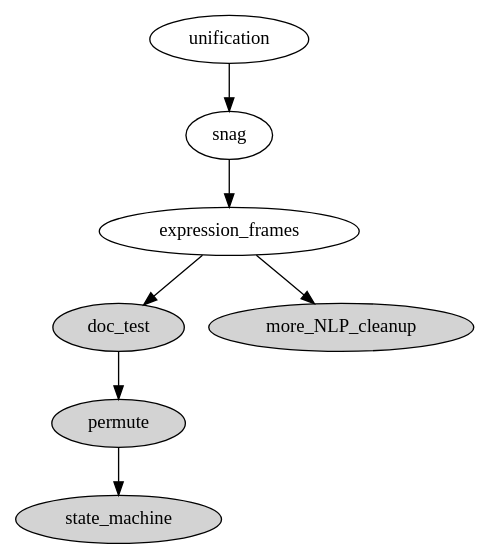
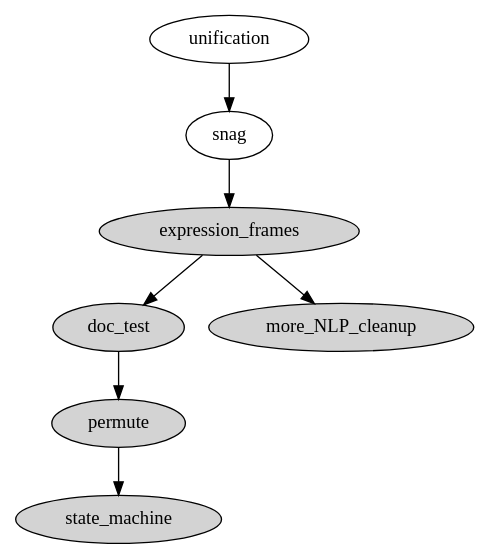
One commit to hipe/tmx changed the diagram in current-tangent-stack.dot. Above: the diagram before and after it, drawn with Graphviz. The commit also changed 27 other files, not shown here.

```diff
--- a/current-tangent-stack.dot
+++ b/current-tangent-stack.dot
@@ -1,14 +1,15 @@
 digraph g {
 
   doc_test [style=filled]
+  expression_frames [style=filled]
   more_NLP_cleanup [style=filled]
   permute [style=filled]
   state_machine [style=filled]
 
   permute->state_machine
   expression_frames->more_NLP_cleanup
   expression_frames->doc_test
   doc_test->permute
   snag->expression_frames
   unification->snag
 }
```
